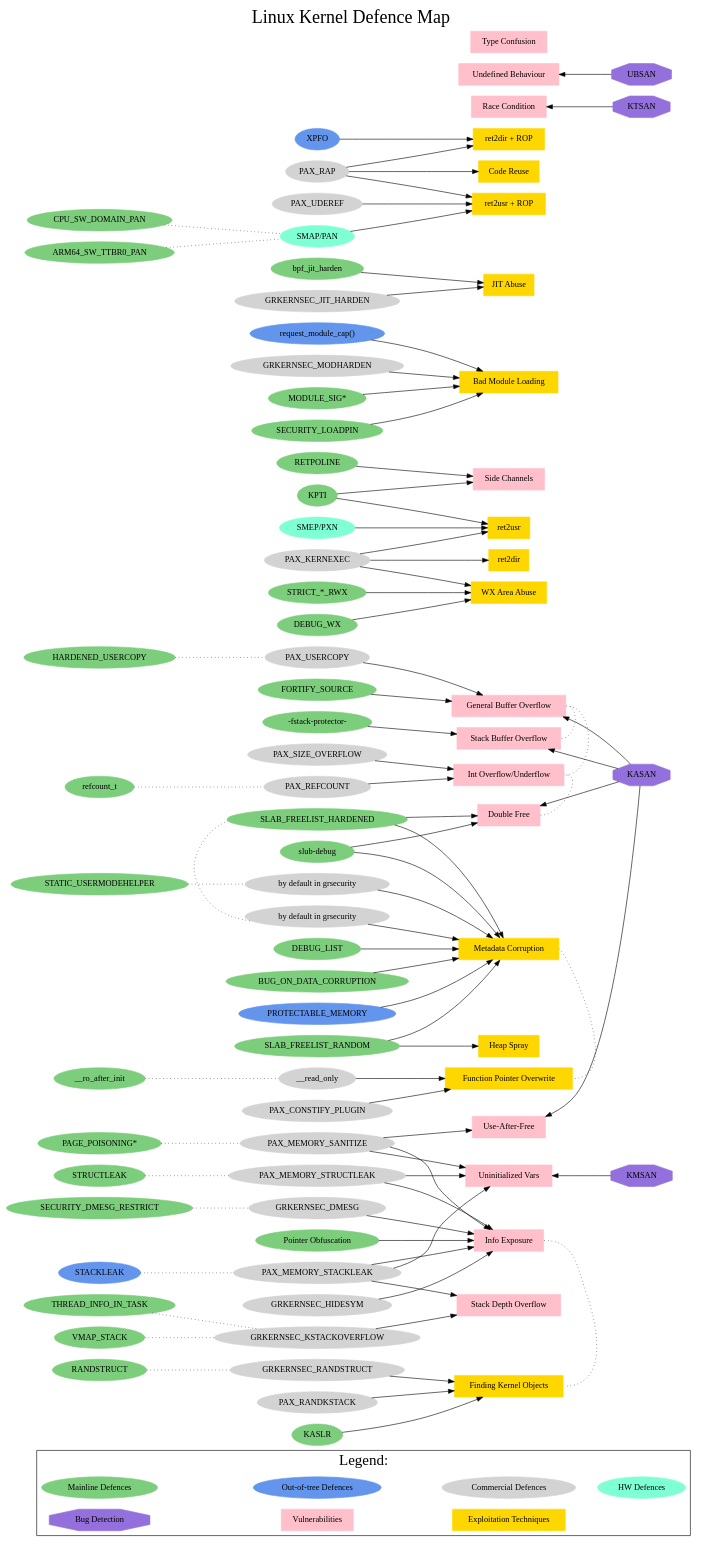
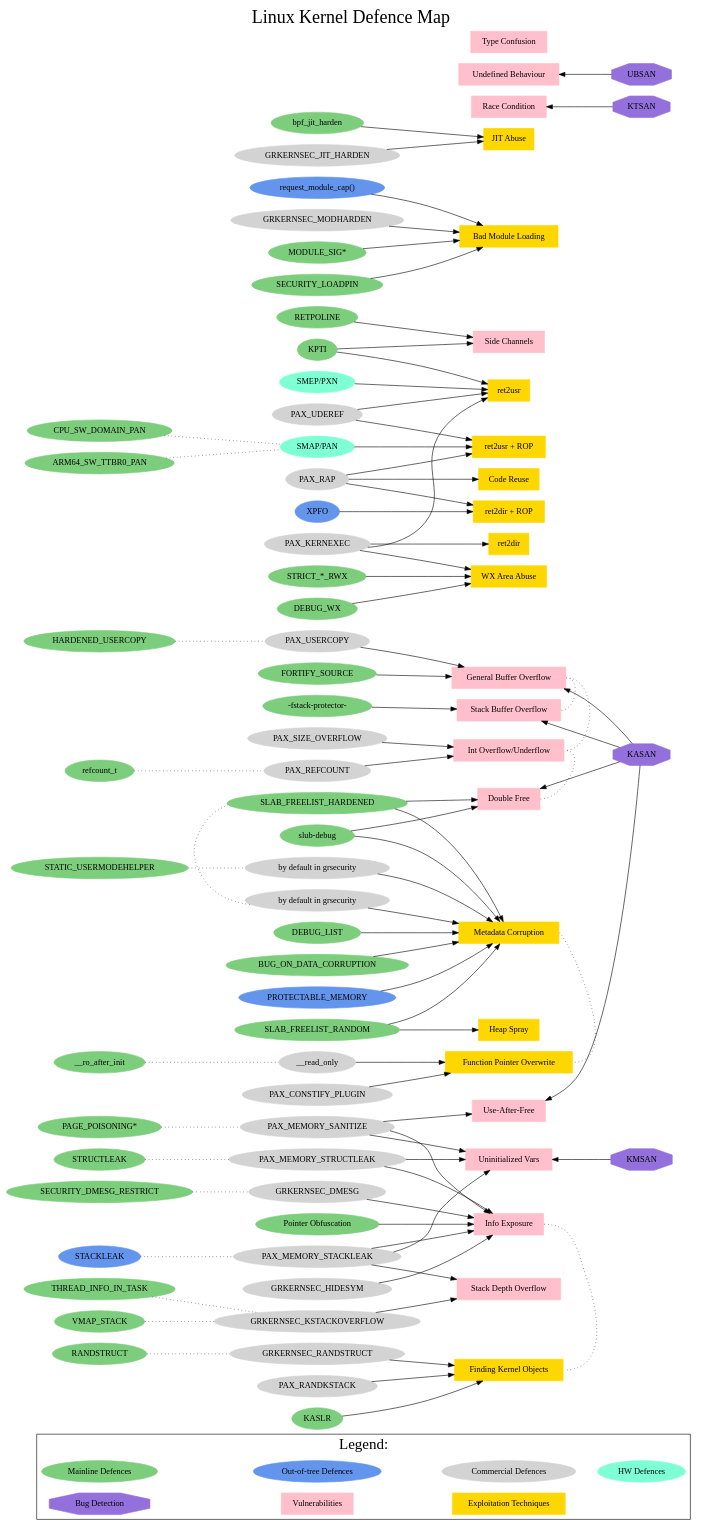
The diagram in linux-kernel-defence-map.dot (a13xp0p0v/linux-kernel-defence-map), drawn with Graphviz before and after one commit.

Commit message:
PAX_UDEREF mitigates ret2usr (thanks to Kees Cook)

```diff
--- a/linux-kernel-defence-map.dot
+++ b/linux-kernel-defence-map.dot
@@ -268,6 +268,7 @@
   "PAX_RAP" -> "Code Reuse";
 
   "PAX_KERNEXEC" -> "ret2usr";
+  "PAX_UDEREF" -> "ret2usr";
   "KPTI" -> "ret2usr";
   "SMEP/PXN" -> "ret2usr";
 
```
